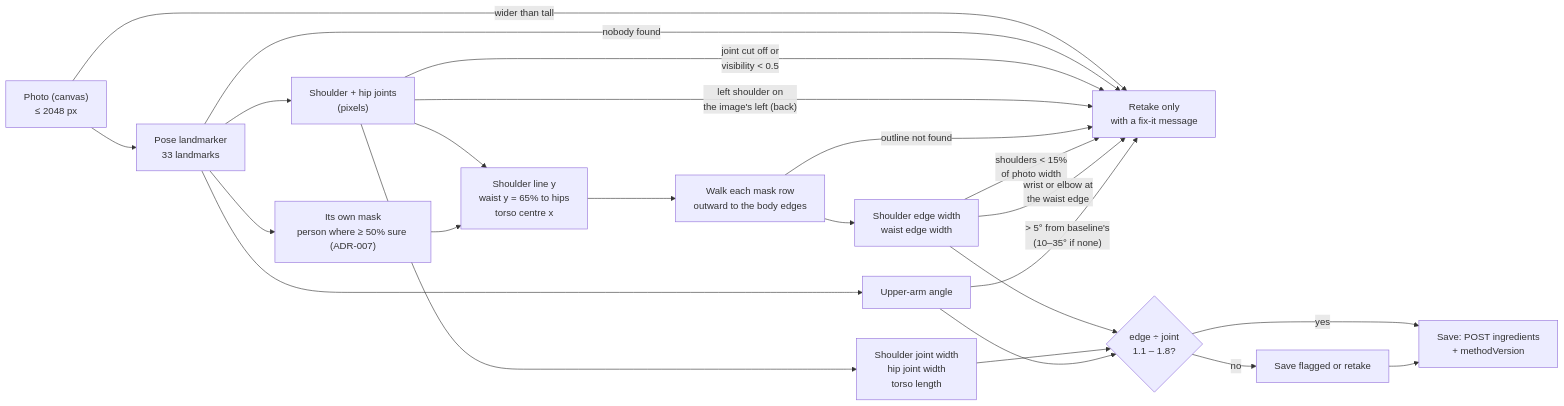
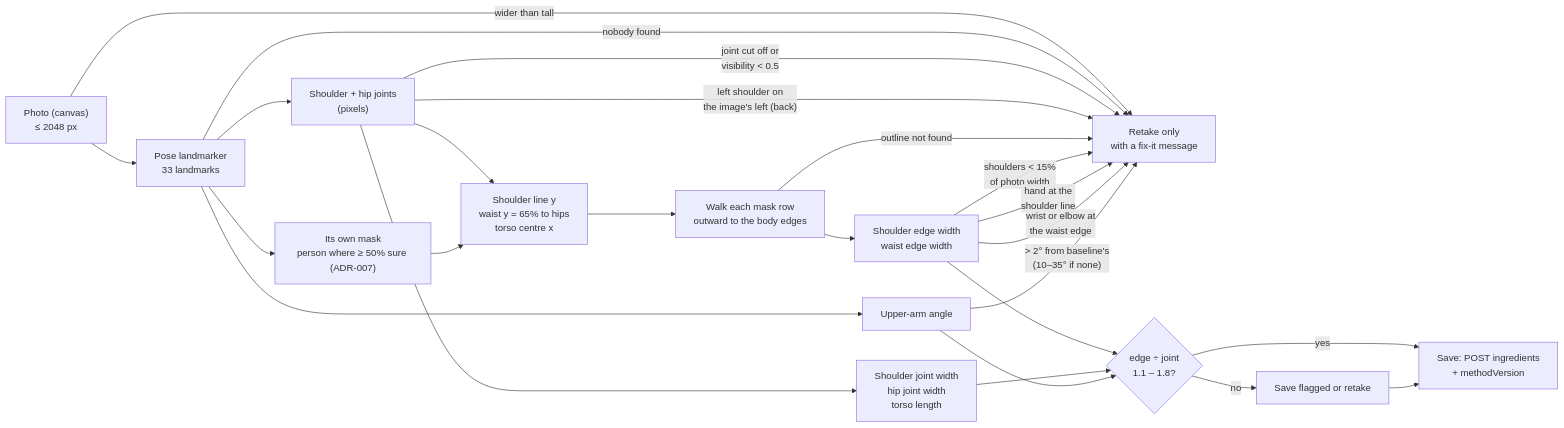
Before and after one commit to ashutosharma2/LiftLens: the tenth of 15 diagrams in docs/architecture.md, drawn with Mermaid. The commit also changed 6 other files, not shown here.

First line of the commit message:
Catch mirror selfies: retake when a hand is at the shoulder; pose tolerance ±2°

````diff
--- a/docs/architecture.md
+++ b/docs/architecture.md
@@ -323,26 +323,27 @@
 ```mermaid
 flowchart LR
     Photo["Photo (canvas)<br/>≤ 2048 px"] --> Pose["Pose landmarker<br/>33 landmarks"]
     Photo -- "wider than tall" --> Retake
     Pose --> Seg["Its own mask<br/>person where ≥ 50% sure (ADR-007)"]
     Pose --> Pts["Shoulder + hip joints<br/>(pixels)"]
     Pts --> Rows["Shoulder line y<br/>waist y = 65% to hips<br/>torso centre x"]
     Seg --> Rows
     Rows --> Edges["Walk each mask row<br/>outward to the body edges"]
     Edges --> Widths["Shoulder edge width<br/>waist edge width"]
     Pts --> Joints["Shoulder joint width<br/>hip joint width<br/>torso length"]
     Pose -- "nobody found" --> Retake["Retake only<br/>with a fix-it message"]
     Pts -- "joint cut off or<br/>visibility < 0.5" --> Retake
     Pts -- "left shoulder on<br/>the image's left (back)" --> Retake
     Edges -- "outline not found" --> Retake
     Widths -- "shoulders < 15%<br/>of photo width" --> Retake
+    Widths -- "hand at the<br/>shoulder line" --> Retake
     Widths -- "wrist or elbow at<br/>the waist edge" --> Retake
     Pose --> Angle["Upper-arm angle"]
-    Angle -- "> 5° from baseline's<br/>(10–35° if none)" --> Retake
+    Angle -- "> 2° from baseline's<br/>(10–35° if none)" --> Retake
     Widths --> Check{"edge ÷ joint<br/>1.1 – 1.8?"}
     Joints --> Check
     Angle --> Check
     Check -- "yes" --> Send["Save: POST ingredients<br/>+ methodVersion"]
     Check -- "no" --> Flag["Save flagged or retake"]
     Flag --> Send
 ```
````
